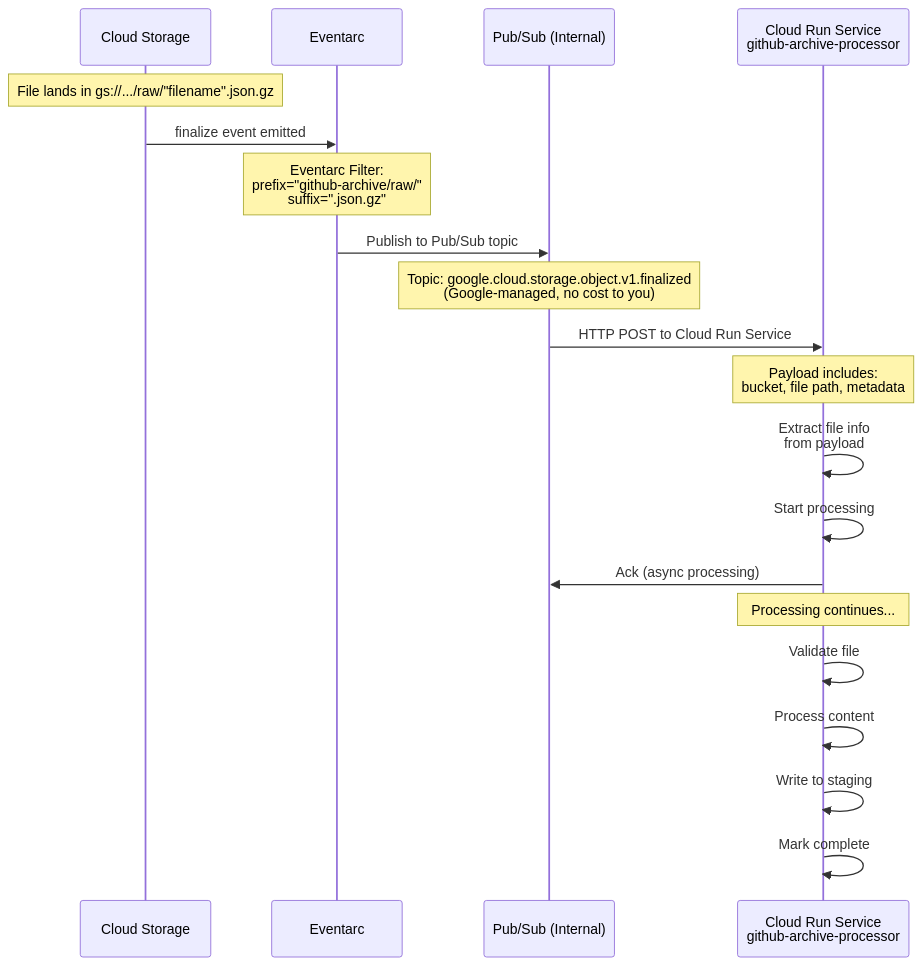
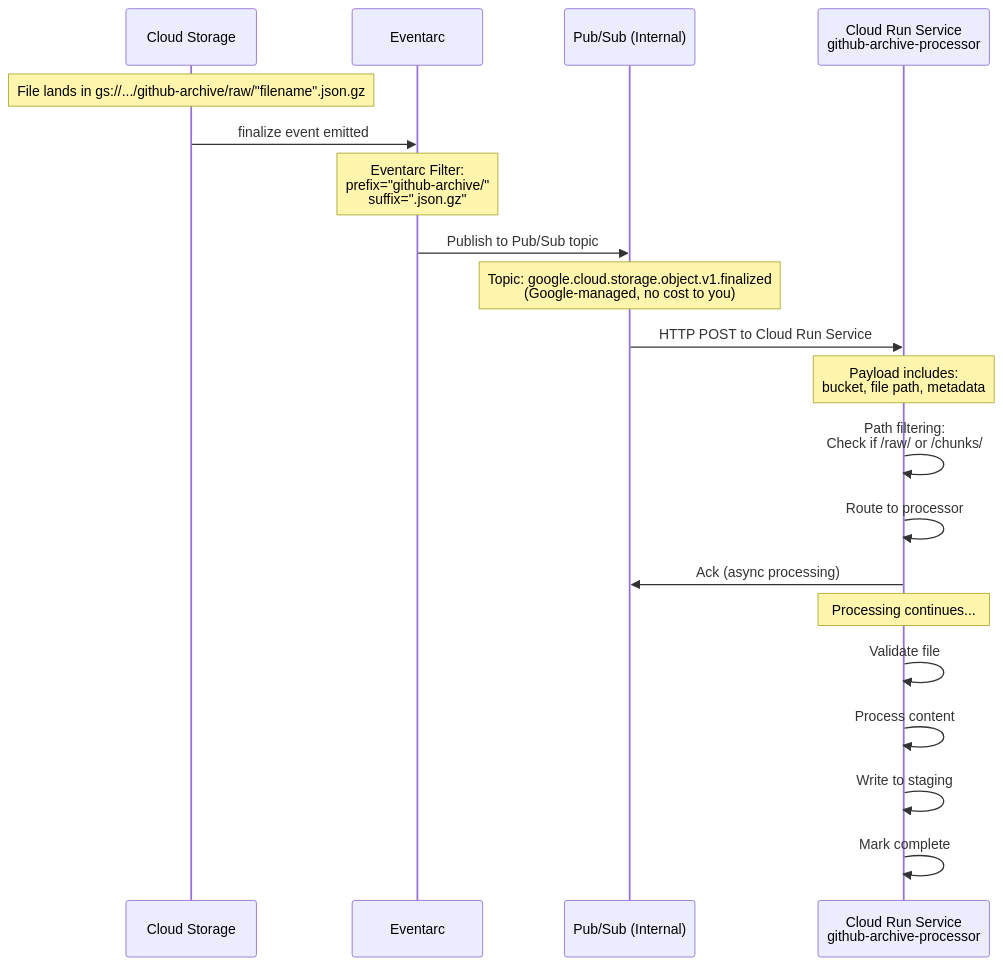
The diagram in design/github_archive/phase2_process_files/diagrams/02_eventarc_trigger.md (prateekpanjla-outlook/gcp_data_proc), drawn with Mermaid before and after one commit. The commit also changed other lines of this file and 52 other files, not shown here.

````diff
--- a/design/github_archive/phase2_process_files/diagrams/02_eventarc_trigger.md
+++ b/design/github_archive/phase2_process_files/diagrams/02_eventarc_trigger.md
@@ -3,30 +3,30 @@
 ```mermaid
 sequenceDiagram
     participant S as Cloud Storage
     participant E as Eventarc
     participant P as Pub/Sub (Internal)
     participant CR as Cloud Run Service<br>github-archive-processor
 
-    Note over S: File lands in gs://.../raw/"filename".json.gz
+    Note over S: File lands in gs://.../github-archive/raw/"filename".json.gz
     S->>E: finalize event emitted
 
-    Note over E: Eventarc Filter:<br>prefix="github-archive/raw/"<br>suffix=".json.gz"
+    Note over E: Eventarc Filter:<br>prefix="github-archive/"<br>suffix=".json.gz"
 
     E->>P: Publish to Pub/Sub topic
     Note over P: Topic: google.cloud.storage.object.v1.finalized<br>(Google-managed, no cost to you)
 
     P->>CR: HTTP POST to Cloud Run Service
     Note over CR: Payload includes:<br>bucket, file path, metadata
 
-    CR->>CR: Extract file info<br>from payload
-    CR->>CR: Start processing
+    CR->>CR: Path filtering:<br>Check if /raw/ or /chunks/
+    CR->>CR: Route to processor
 
     CR->>P: Ack (async processing)
 
     Note over CR: Processing continues...
 
     CR->>CR: Validate file
     CR->>CR: Process content
     CR->>CR: Write to staging
     CR->>CR: Mark complete
 ```
````
